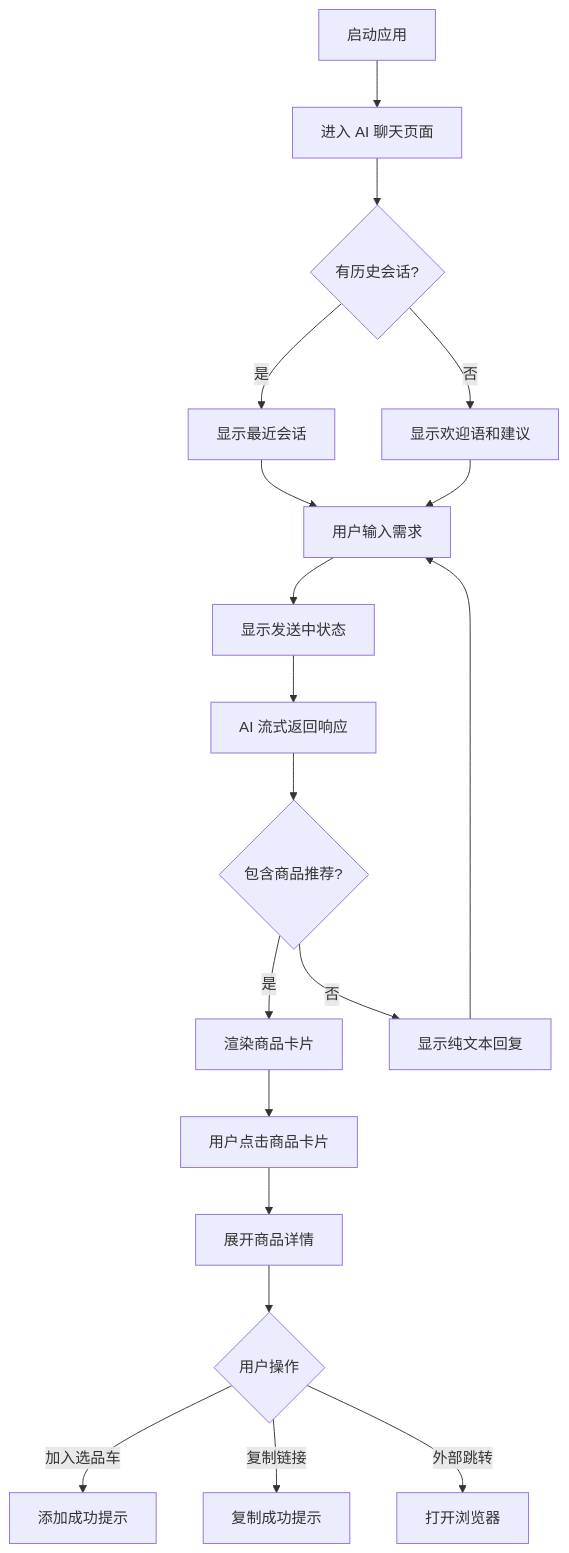
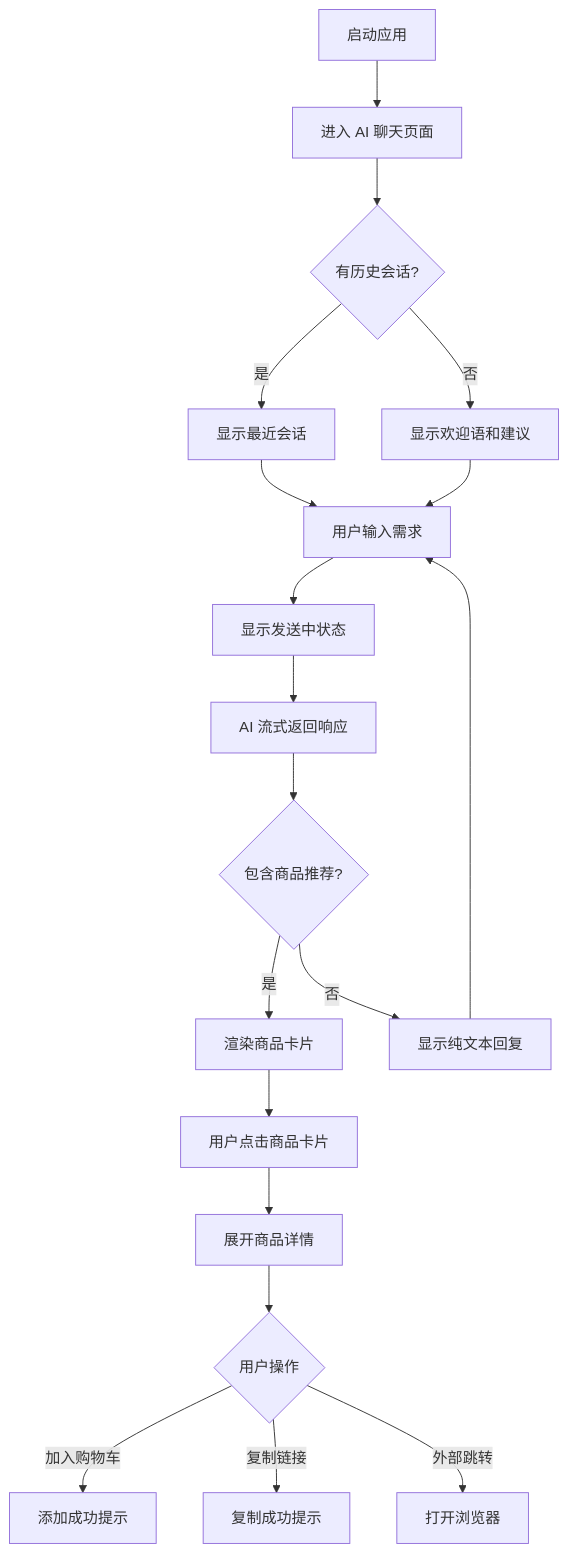
Before and after one commit to chyinan/WisePick: the second of 4 diagrams in docs/front-end-spec.md, drawn with Mermaid. The commit also changed other lines of this file and 65 other files, not shown here.

````diff
--- a/docs/front-end-spec.md
+++ b/docs/front-end-spec.md
@@ -200,21 +200,21 @@
 ```mermaid
 graph TD
     A[启动应用] --> B[进入 AI 聊天页面]
     B --> C{有历史会话?}
     C -->|是| D[显示最近会话]
     C -->|否| E[显示欢迎语和建议]
     D --> F[用户输入需求]
     E --> F
     F --> G[显示发送中状态]
     G --> H[AI 流式返回响应]
     H --> I{包含商品推荐?}
     I -->|是| J[渲染商品卡片]
     I -->|否| K[显示纯文本回复]
     J --> L[用户点击商品卡片]
     L --> M[展开商品详情]
     M --> N{用户操作}
-    N -->|加入选品车| O[添加成功提示]
+    N -->|加入购物车| O[添加成功提示]
     N -->|复制链接| P[复制成功提示]
     N -->|外部跳转| Q[打开浏览器]
     K --> F
 ```
````
